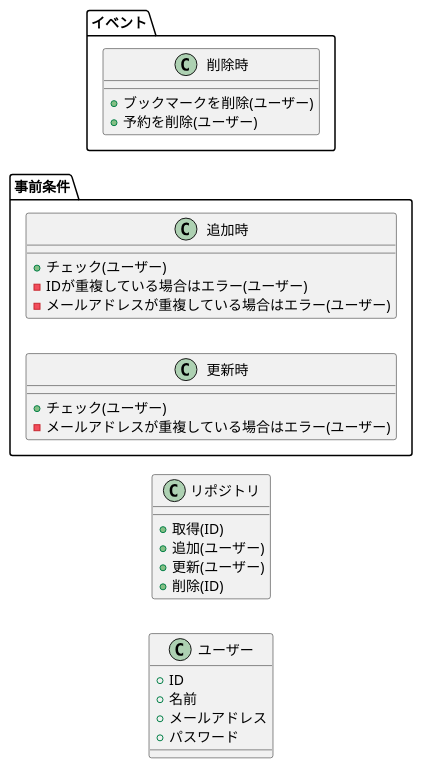
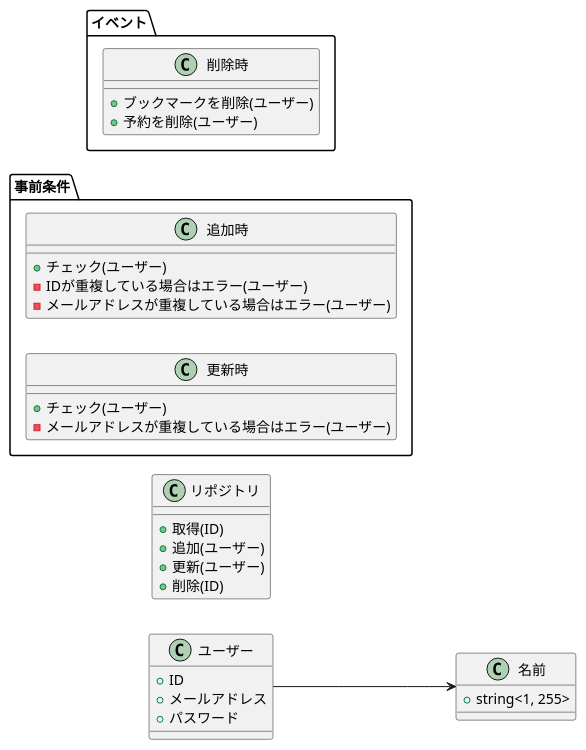
One commit to paterapatera/ryokan-reservation changed the fourth of 7 diagrams in doc/domain_model.md. Above: the diagram before and after it, drawn with PlantUML. The commit also changed other lines of this file and 38 other files, not shown here.

````diff
--- a/doc/domain_model.md
+++ b/doc/domain_model.md
@@ -49,34 +76,39 @@
 ```plantuml
 left to right direction
 class "ユーザー" as User {
   + ID
-  + 名前
   + メールアドレス
   + パスワード
 }
+
+class "名前" as Name {
+  + string<1, 255>
+}
+User --> Name
+
 class "リポジトリ" {
   + 取得(ID)
   + 追加(ユーザー)
   + 更新(ユーザー)
   + 削除(ID)
 }
 
 namespace 事前条件 {
   class 追加時 {
     + チェック(ユーザー)
     - IDが重複している場合はエラー(ユーザー)
     - メールアドレスが重複している場合はエラー(ユーザー)
   }
   class 更新時 {
     + チェック(ユーザー)
     - メールアドレスが重複している場合はエラー(ユーザー)
   }
 }
 
 namespace イベント {
   class 削除時 {
     + ブックマークを削除(ユーザー)
     + 予約を削除(ユーザー)
   }
 }
 ```
````
